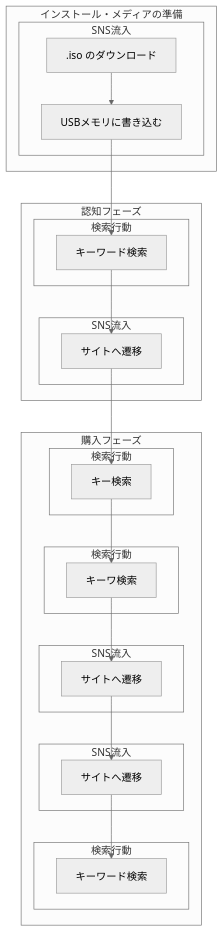
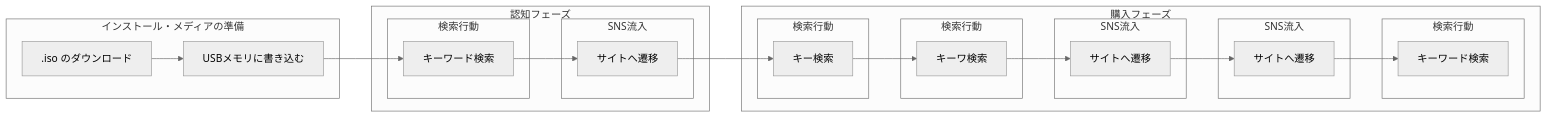
The diagram in linux-install-02.md (hobby-pc2026/linux-install), drawn with Mermaid (neutral theme) before and after one commit.

````diff
--- a/linux-install-02.md
+++ b/linux-install-02.md
@@ -3,33 +3,32 @@
 ```mermaid
-flowchart TD
+flowchart LR
     subgraph フェーズ1 [インストール・メディアの準備]
-        subgraph サブ1 [SNS流入]
+
             A[.iso のダウンロード] --> B[USBメモリに書き込む]
-        end
     end
     subgraph フェーズ2 [認知フェーズ]
         subgraph サブ3 [検索行動]
             B --> C[キーワード検索]
         end
         subgraph サブ4 [SNS流入]
             C --> E[サイトへ遷移]
         end
     end
     subgraph フェーズ3 [購入フェーズ]
         subgraph サブ5 [検索行動]
             E --> F[キー検索]
         end
         subgraph サブ6 [検索行動]
             F --> G[キーワ検索]
         end
         subgraph サブ7 [SNS流入]
             G --> H[サイトへ遷移] 
         end
         subgraph サブ8 [SNS流入]
             H --> I[サイトへ遷移]
         end
         subgraph サブ9 [検索行動]
             I --> J[キーワード検索]
         end
     end
 ```
````
